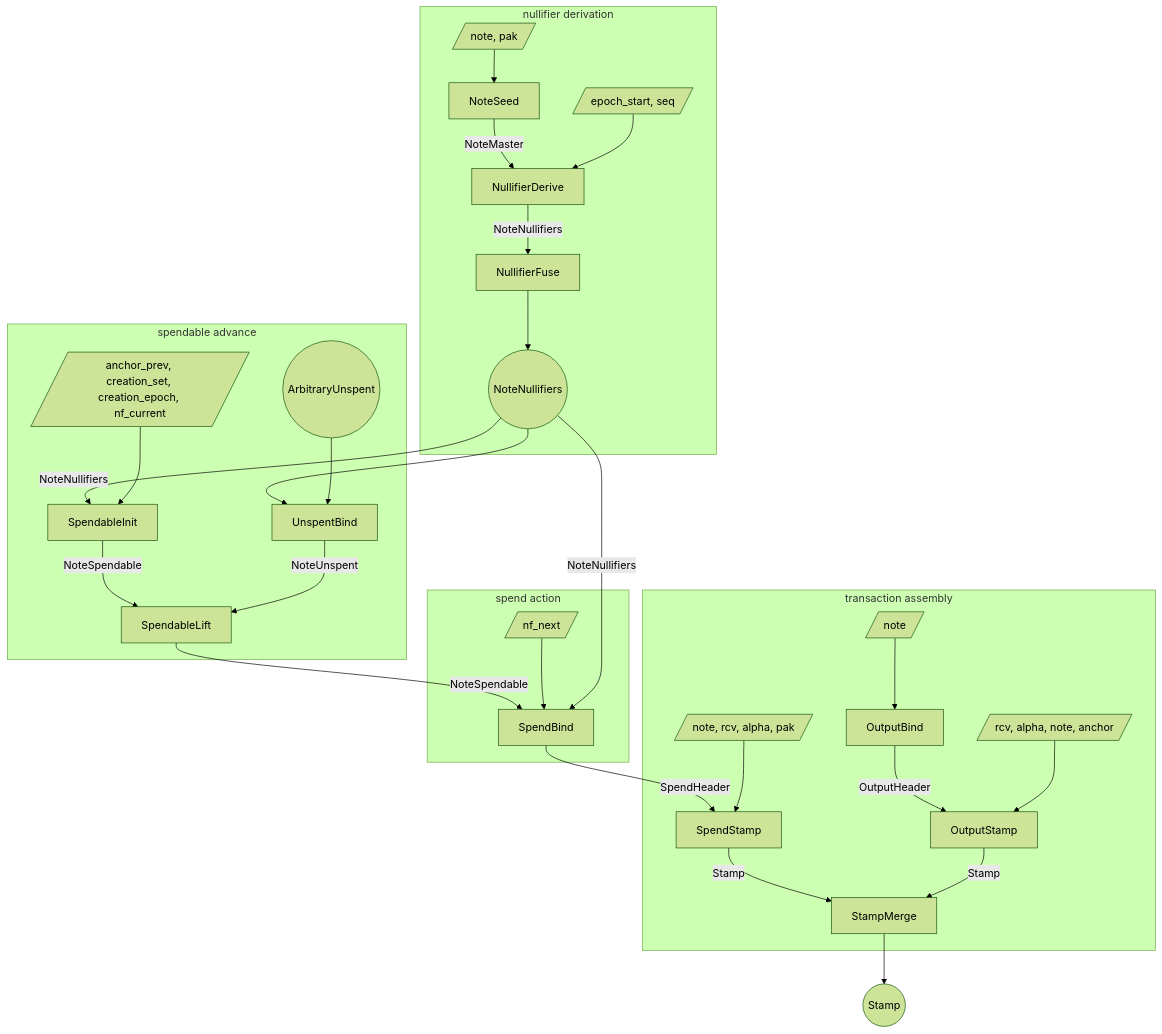
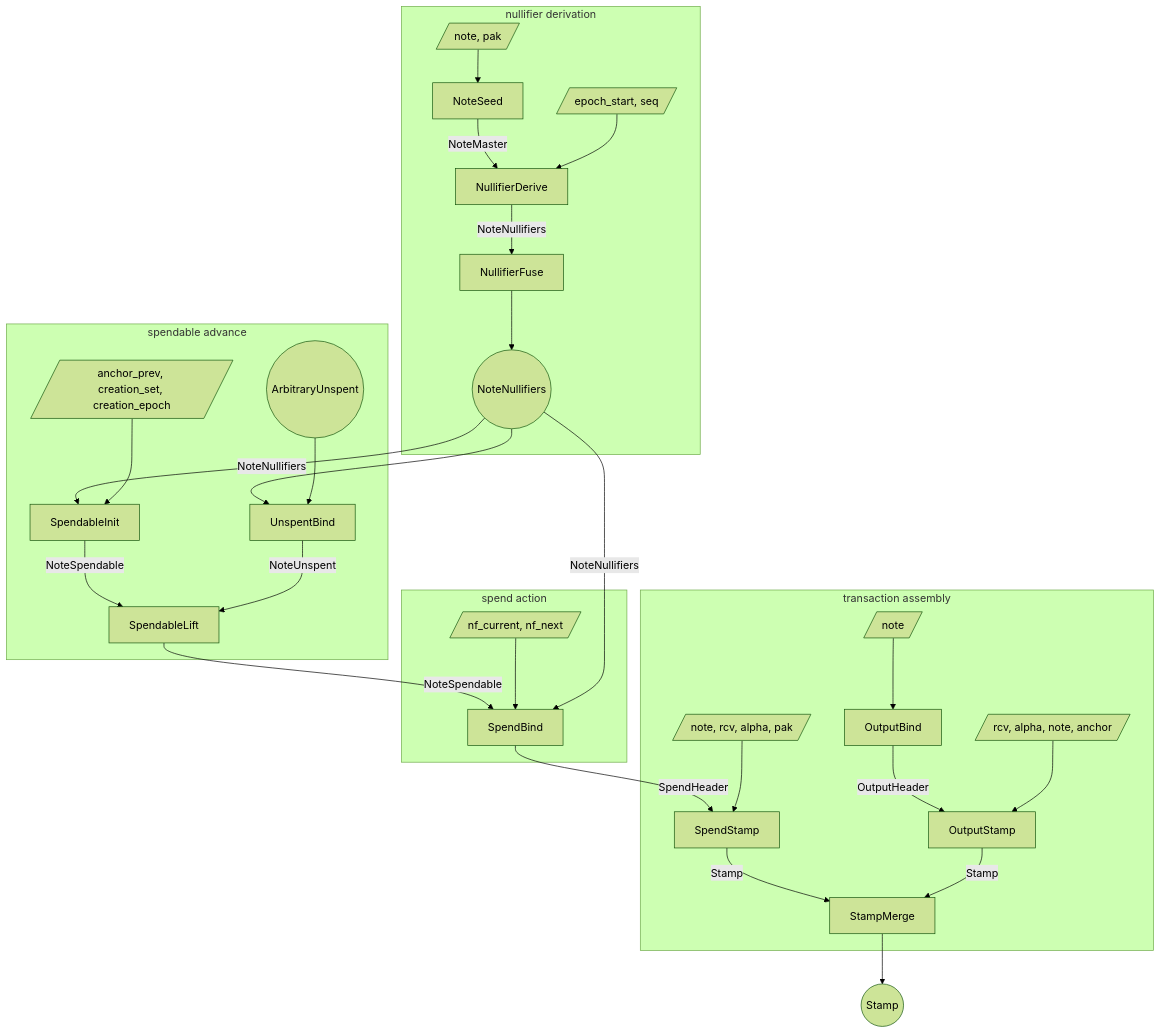
Before and after one commit to tachyon-zcash/tachyon: the first of 3 diagrams in book/src/proof-tree.md, drawn with Mermaid (forest theme). The commit also changed other lines of this file and 8 other files, not shown here.

````diff
--- a/book/src/proof-tree.md
+++ b/book/src/proof-tree.md
@@ -307,62 +306,62 @@
 ```mermaid
 flowchart TB
   subgraph derive [nullifier derivation]
     w_seed[/note, pak/]
     s_seed[NoteSeed]
     w_window[/epoch_start, seq/]
     s_window[NullifierDerive]
     s_dfuse[NullifierFuse]
     nf_range((NoteNullifiers))
   end
 
   subgraph spendable [spendable advance]
-    w_init[/anchor_prev, creation_set, creation_epoch, nf_current/]
+    w_init[/anchor_prev, creation_set, creation_epoch/]
     s_init[SpendableInit]
     unspent_in((ArbitraryUnspent))
     s_unspentbind[UnspentBind]
     s_lift[SpendableLift]
   end
 
   subgraph spend_stamp [spend action]
-    w_bind[/nf_next/]
+    w_bind[/nf_current, nf_next/]
     s_bind[SpendBind]
   end
 
   subgraph merge [transaction assembly]
     w_stamp[/note, rcv, alpha, pak/]
     s_spendstamp[SpendStamp]
     w_outbind[/note/]
     s_outbind[OutputBind]
     w_output[/rcv, alpha, note, anchor/]
     s_output[OutputStamp]
     s_merge[StampMerge]
   end
 
   stamp_out((Stamp))
 
   w_seed --> s_seed
   s_seed -->|NoteMaster| s_window
   w_window --> s_window
   s_window -->|NoteNullifiers| s_dfuse
   s_dfuse --> nf_range
 
   nf_range -->|NoteNullifiers| s_init
   w_init --> s_init
   nf_range --> s_unspentbind
   unspent_in --> s_unspentbind
   s_init -->|NoteSpendable| s_lift
   s_unspentbind -->|NoteUnspent| s_lift
   s_lift -->|NoteSpendable| s_bind
 
   w_bind --> s_bind
   nf_range -->|NoteNullifiers| s_bind
   s_bind -->|SpendHeader| s_spendstamp
   w_stamp --> s_spendstamp
 
   w_outbind --> s_outbind
   s_outbind -->|OutputHeader| s_output
   w_output --> s_output
   s_spendstamp -->|Stamp| s_merge
   s_output -->|Stamp| s_merge
   s_merge --> stamp_out
 ```
````
